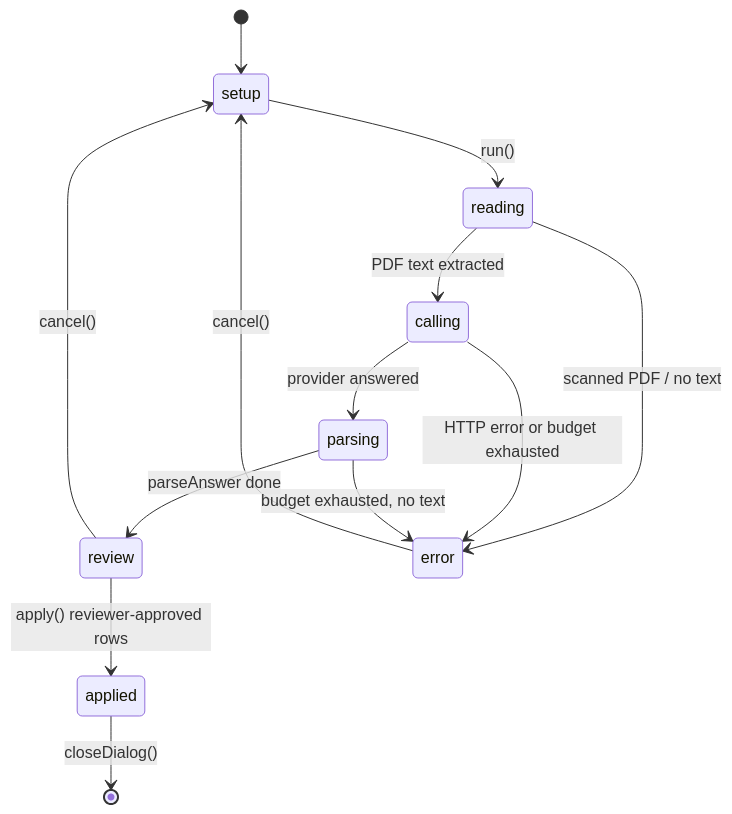
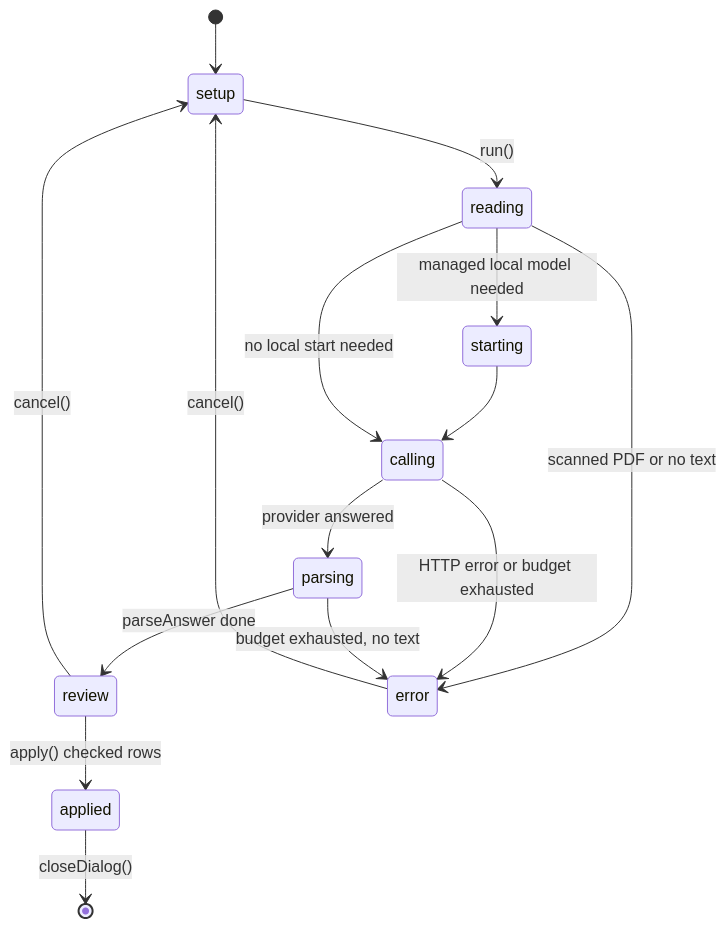
Before and after one commit to Gram21/SaiLoR: the first of 2 diagrams in openwiki/workflows/llm-annotation.md, drawn with Mermaid. The commit also changed other lines of this file and 33 other files, not shown here.

````diff
--- a/openwiki/workflows/llm-annotation.md
+++ b/openwiki/workflows/llm-annotation.md
@@ -72,15 +85,17 @@
 ```mermaid
 stateDiagram-v2
   [*] --> setup
   setup --> reading: run()
-  reading --> calling: PDF text extracted
+  reading --> starting: managed local model needed
+  starting --> calling
+  reading --> calling: no local start needed
   calling --> parsing: provider answered
   parsing --> review: parseAnswer done
-  review --> applied: apply() reviewer-approved rows
-  reading --> error: scanned PDF / no text
+  review --> applied: apply() checked rows
+  reading --> error: scanned PDF or no text
   calling --> error: HTTP error or budget exhausted
   parsing --> error: budget exhausted, no text
   review --> setup: cancel()
   error --> setup: cancel()
   applied --> [*]: closeDialog()
 ```
````
